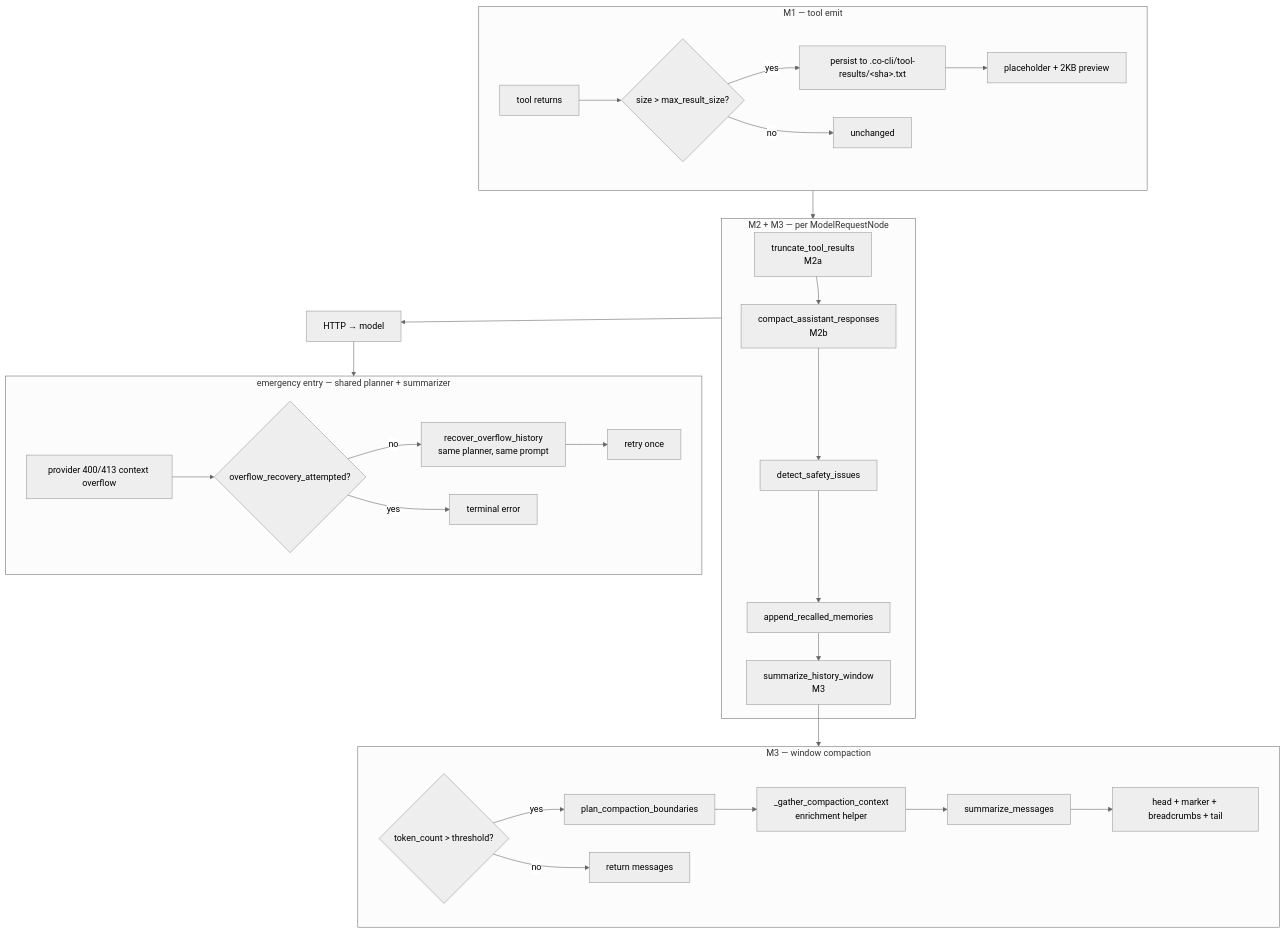
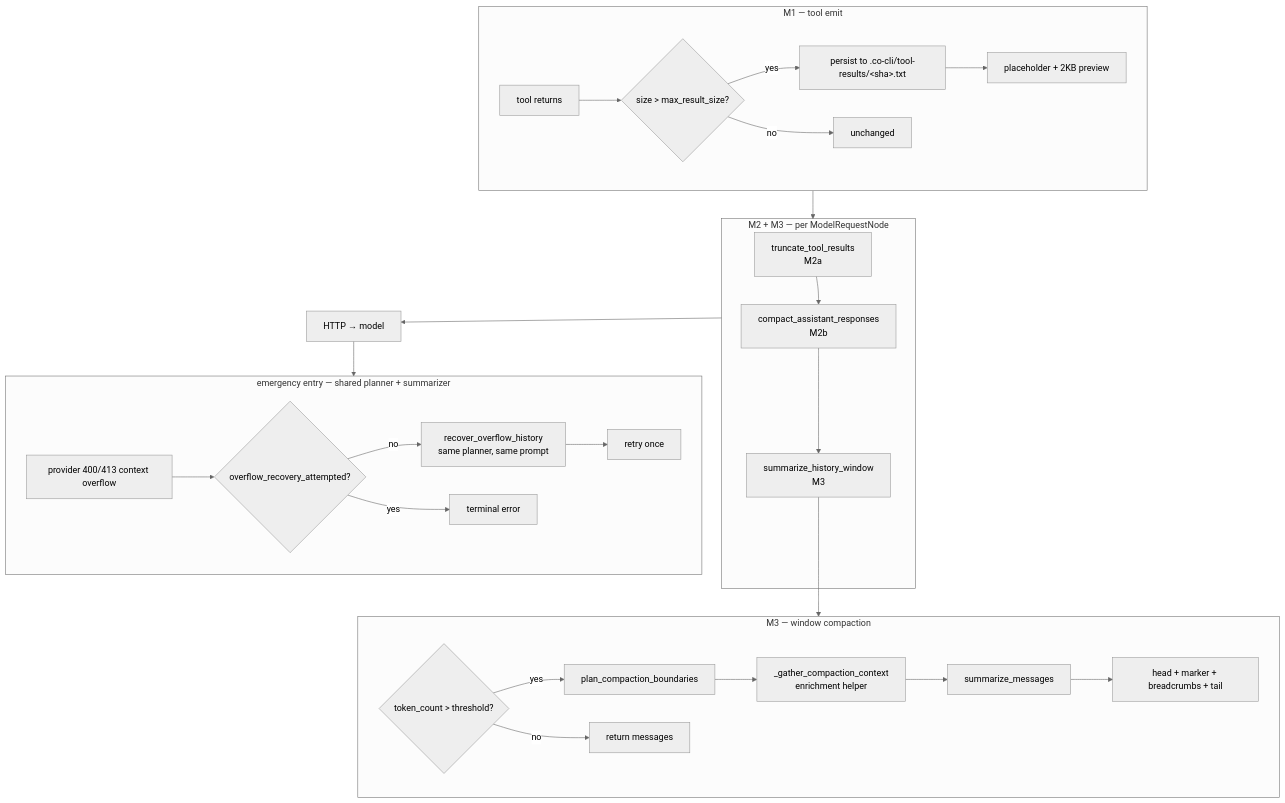
The first of 7 diagrams in docs/specs/compaction.md (binlecode/co-cli), drawn with Mermaid (neutral theme) before and after one commit. The commit also changed other lines of this file and 23 other files, not shown here.

````diff
--- a/docs/specs/compaction.md
+++ b/docs/specs/compaction.md
@@ -58,44 +58,42 @@
 ```mermaid
 flowchart TD
     subgraph Emit["M1 — tool emit"]
         T[tool returns]
         T --> S{size &gt; max_result_size?}
         S -->|yes| P[persist to .co-cli/tool-results/&lt;sha&gt;.txt]
         P --> Ph[placeholder + 2KB preview]
         S -->|no| Pass[unchanged]
     end
 
     subgraph PerReq["M2 + M3 — per ModelRequestNode"]
         R1[truncate_tool_results<br/>M2a]
         R2[compact_assistant_responses<br/>M2b]
-        R3[detect_safety_issues]
-        R4[append_recalled_memories]
         R5[summarize_history_window<br/>M3]
-        R1 --> R2 --> R3 --> R4 --> R5
+        R1 --> R2 --> R5
     end
 
     subgraph Window["M3 — window compaction"]
         T1{token_count &gt; threshold?}
         T2[plan_compaction_boundaries]
         T3[_gather_compaction_context<br/>enrichment helper]
         T4[summarize_messages]
         T5[head + marker + breadcrumbs + tail]
         T1 -->|yes| T2 --> T3 --> T4 --> T5
         T1 -->|no| Pass2[return messages]
     end
 
     subgraph Overflow["emergency entry — shared planner + summarizer"]
         O1[provider 400/413 context overflow]
         O2{overflow_recovery_attempted?}
         O3[recover_overflow_history<br/>same planner, same prompt]
         O4[retry once]
         O1 --> O2
         O2 -->|no| O3 --> O4
         O2 -->|yes| O6[terminal error]
     end
 
     Emit --> PerReq
     R5 --> Window
     PerReq --> HTTP[HTTP → model]
     HTTP --> Overflow
 ```
````
